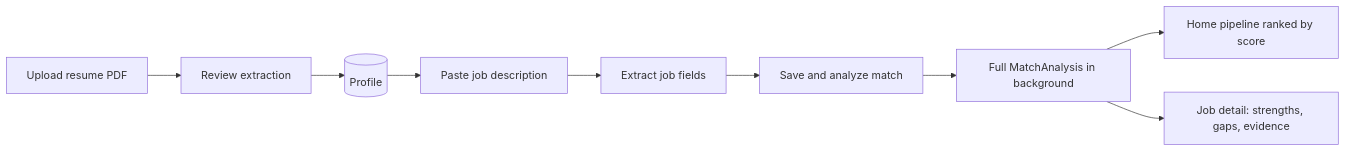
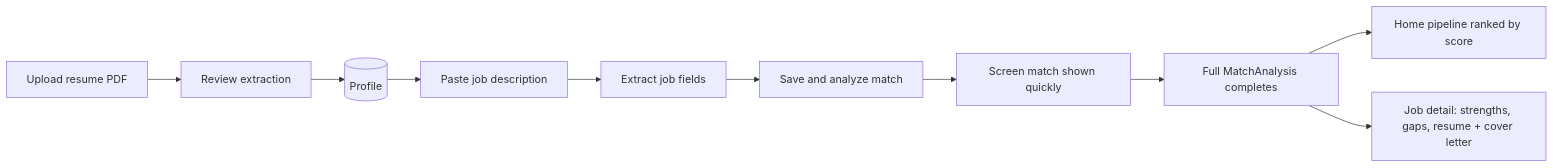
The diagram in docs/project-status.md (Englishpersonfaeroeislands211/ai-career-os), drawn with Mermaid before and after one commit. The commit also changed other lines of this file and 23 other files, not shown here.

First line of the commit message:
feat(match): progressive screen-to-full analysis and cover letter chain

````diff
--- a/docs/project-status.md
+++ b/docs/project-status.md
@@ -13,11 +13,12 @@
 ```mermaid
 flowchart LR
     A[Upload resume PDF] --> B[Review extraction]
     B --> C[(Profile)]
     C --> D[Paste job description]
     D --> E[Extract job fields]
     E --> F[Save and analyze match]
-    F --> G[Full MatchAnalysis in background]
-    G --> H[Home pipeline ranked by score]
-    G --> I[Job detail: strengths, gaps, evidence]
+    F --> G[Screen match shown quickly]
+    G --> H[Full MatchAnalysis completes]
+    H --> I[Home pipeline ranked by score]
+    H --> J[Job detail: strengths, gaps, resume + cover letter]
 ```
````
